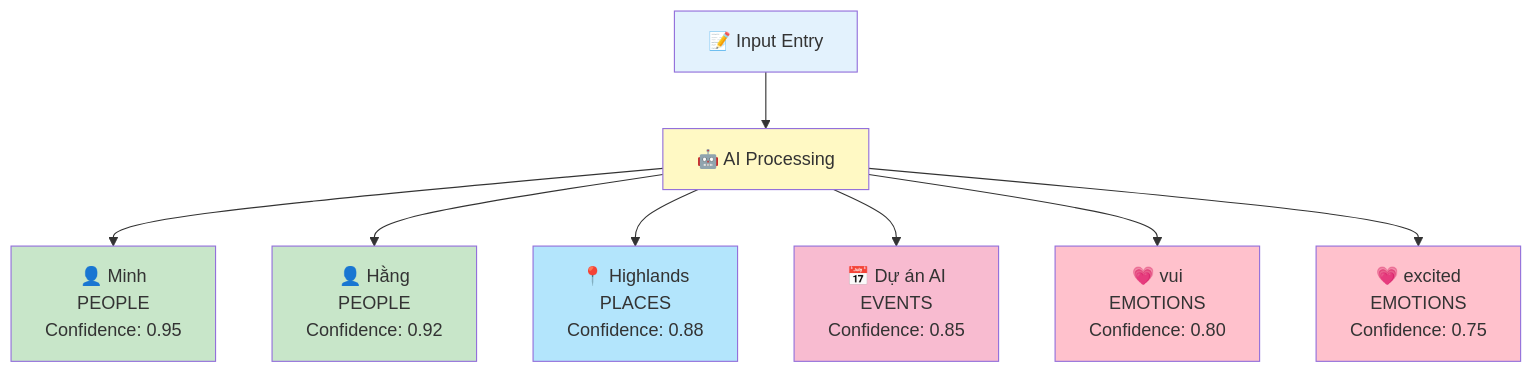
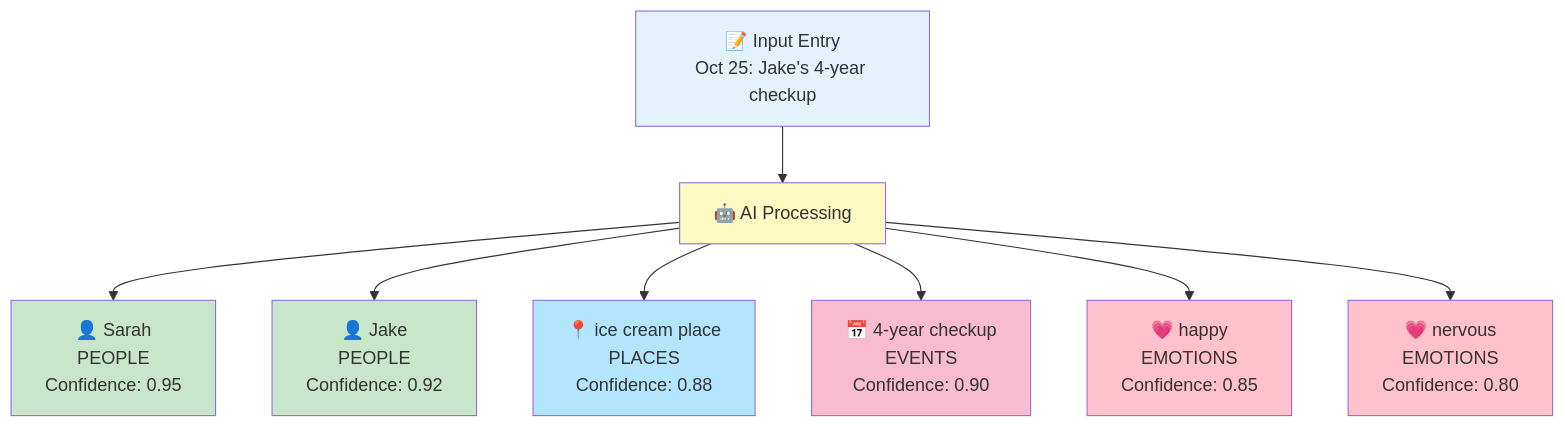
Before and after one commit to phuc-nt/kioku-ios: the third of 14 diagrams in docs/99_lesson/PRESENTATION_SLIDES.md, drawn with Mermaid. The commit also changed other lines of this file, not shown here.

First line of the commit message:
docs: update presentation diagrams with real demo data

````diff
--- a/docs/99_lesson/PRESENTATION_SLIDES.md
+++ b/docs/99_lesson/PRESENTATION_SLIDES.md
@@ -157,19 +157,19 @@
 ```mermaid
 graph TD
-    A[📝 Input Entry] --> B[🤖 AI Processing]
-    B --> C1[👤 Minh<br/>PEOPLE<br/>Confidence: 0.95]
-    B --> C2[👤 Hằng<br/>PEOPLE<br/>Confidence: 0.92]
-    B --> C3[📍 Highlands<br/>PLACES<br/>Confidence: 0.88]
-    B --> C4[📅 Dự án AI<br/>EVENTS<br/>Confidence: 0.85]
-    B --> C5[💗 vui<br/>EMOTIONS<br/>Confidence: 0.80]
-    B --> C6[💗 excited<br/>EMOTIONS<br/>Confidence: 0.75]
+    A[📝 Input Entry<br/>Oct 25: Jake's 4-year checkup] --> B[🤖 AI Processing]
+    B --> C1[👤 Sarah<br/>PEOPLE<br/>Confidence: 0.95]
+    B --> C2[👤 Jake<br/>PEOPLE<br/>Confidence: 0.92]
+    B --> C3[📍 ice cream place<br/>PLACES<br/>Confidence: 0.88]
+    B --> C4[📅 4-year checkup<br/>EVENTS<br/>Confidence: 0.90]
+    B --> C5[💗 happy<br/>EMOTIONS<br/>Confidence: 0.85]
+    B --> C6[💗 nervous<br/>EMOTIONS<br/>Confidence: 0.80]
 
     style A fill:#e3f2fd
     style B fill:#fff9c4
     style C1 fill:#c8e6c9
     style C2 fill:#c8e6c9
     style C3 fill:#b3e5fc
     style C4 fill:#f8bbd0
     style C5 fill:#ffc1cc
     style C6 fill:#ffc1cc
 ```
````
